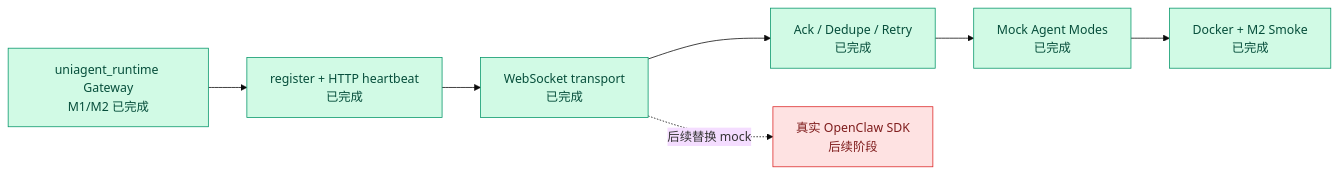
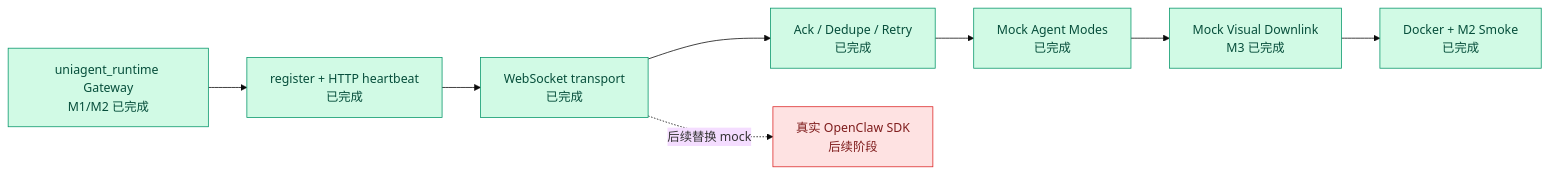
One commit to rayzzie/openclaw-connector changed the diagram in progress.md. Above: the diagram before and after it, drawn with Mermaid (base theme). The commit also changed other lines of this file, not shown here.

Commit message:
docs: record visual mock progress

````diff
--- a/progress.md
+++ b/progress.md
@@ -9,19 +9,20 @@
 ```mermaid
 flowchart LR
   Gateway["uniagent_runtime Gateway\nM1/M2 已完成"]
   HTTP["register + HTTP heartbeat\n已完成"]
   WS["WebSocket transport\n已完成"]
   Ack["Ack / Dedupe / Retry\n已完成"]
   Mock["Mock Agent Modes\n已完成"]
+  Visual["Mock Visual Downlink\nM3 已完成"]
   Docker["Docker + M2 Smoke\n已完成"]
   RealOpenClaw["真实 OpenClaw SDK\n后续阶段"]
 
-  Gateway --> HTTP --> WS --> Ack --> Mock --> Docker
+  Gateway --> HTTP --> WS --> Ack --> Mock --> Visual --> Docker
   WS -.后续替换 mock.-> RealOpenClaw
 
   classDef done fill:#d1fae5,stroke:#059669,color:#064e3b
   classDef todo fill:#fee2e2,stroke:#dc2626,color:#7f1d1d
 
-  class Gateway,HTTP,WS,Ack,Mock,Docker done
+  class Gateway,HTTP,WS,Ack,Mock,Visual,Docker done
   class RealOpenClaw todo
 ```
````
